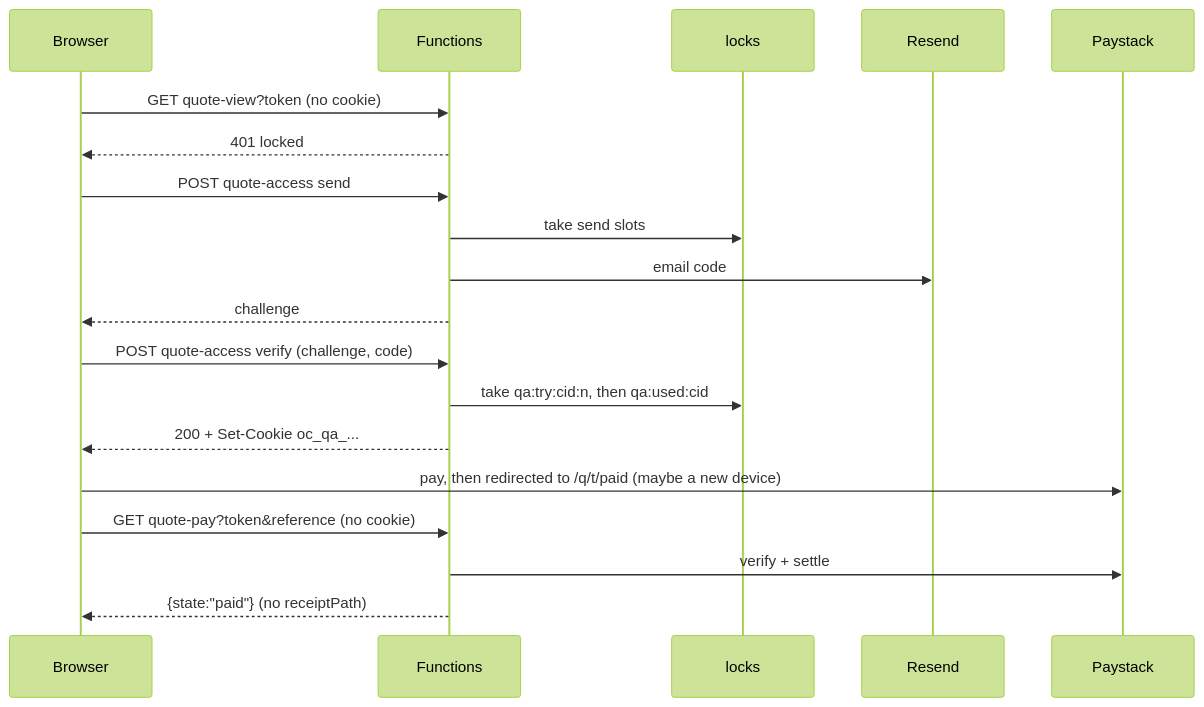
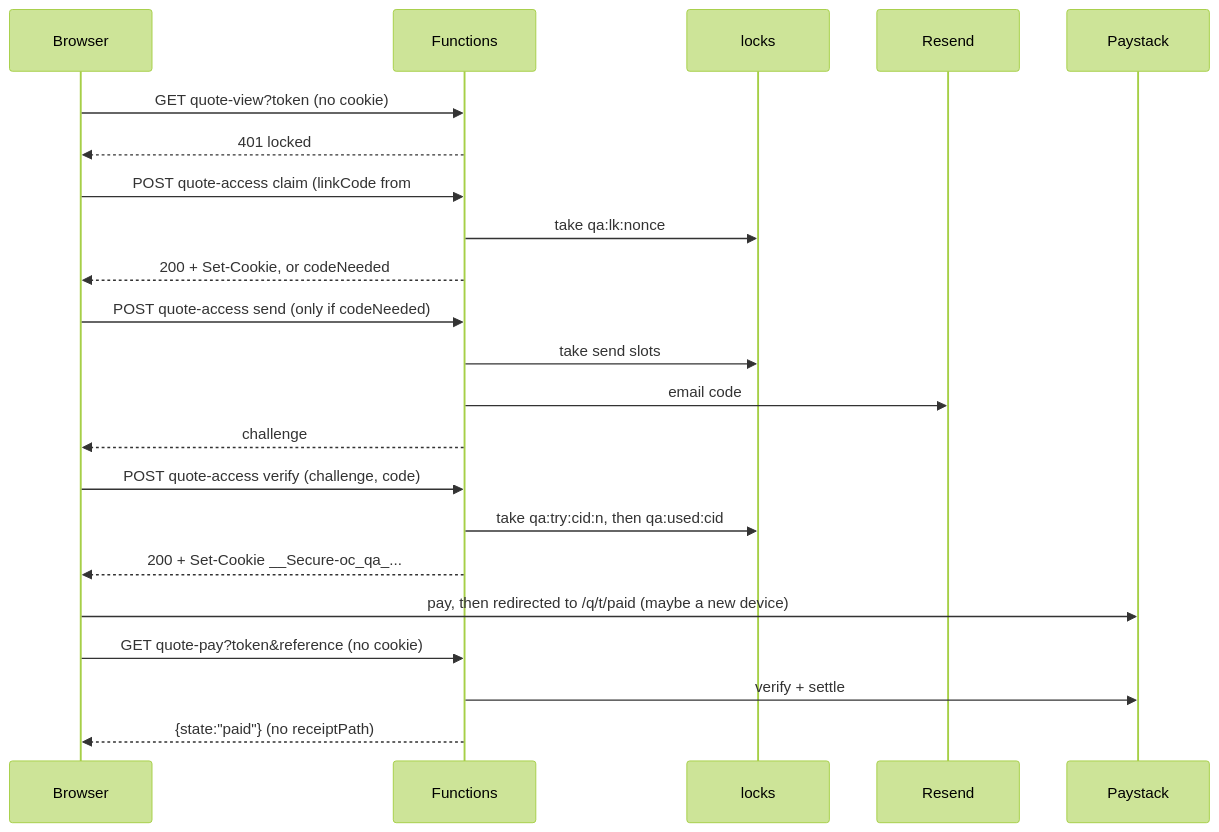
One commit to illonaaddae/Oceaniccoder-portfolio-v2 changed the diagram in docs/plans/2026-10-20-quote-access-code.md. Above: the diagram before and after it, drawn with Mermaid (forest theme). The commit also changed other lines of this file, not shown here.

First line of the commit message:
docs(OC-0): record the link-code flow, review fixes and Cosmos rebase checklist

````diff
--- a/docs/plans/2026-10-20-quote-access-code.md
+++ b/docs/plans/2026-10-20-quote-access-code.md
@@ -76,21 +90,24 @@
 ```mermaid
 sequenceDiagram
   participant B as Browser
   participant F as Functions
   participant L as locks
   participant R as Resend
   participant P as Paystack
   B->>F: GET quote-view?token (no cookie)
   F-->>B: 401 locked
-  B->>F: POST quote-access send
+  B->>F: POST quote-access claim (linkCode from #k=)
+  F->>L: take qa:lk:nonce
+  F-->>B: 200 + Set-Cookie, or codeNeeded
+  B->>F: POST quote-access send (only if codeNeeded)
   F->>L: take send slots
   F->>R: email code
   F-->>B: challenge
   B->>F: POST quote-access verify (challenge, code)
   F->>L: take qa:try:cid:n, then qa:used:cid
-  F-->>B: 200 + Set-Cookie oc_qa_...
+  F-->>B: 200 + Set-Cookie __Secure-oc_qa_...
   B->>P: pay, then redirected to /q/t/paid (maybe a new device)
   B->>F: GET quote-pay?token&reference (no cookie)
   F->>P: verify + settle
   F-->>B: {state:"paid"} (no receiptPath)
 ```
````
